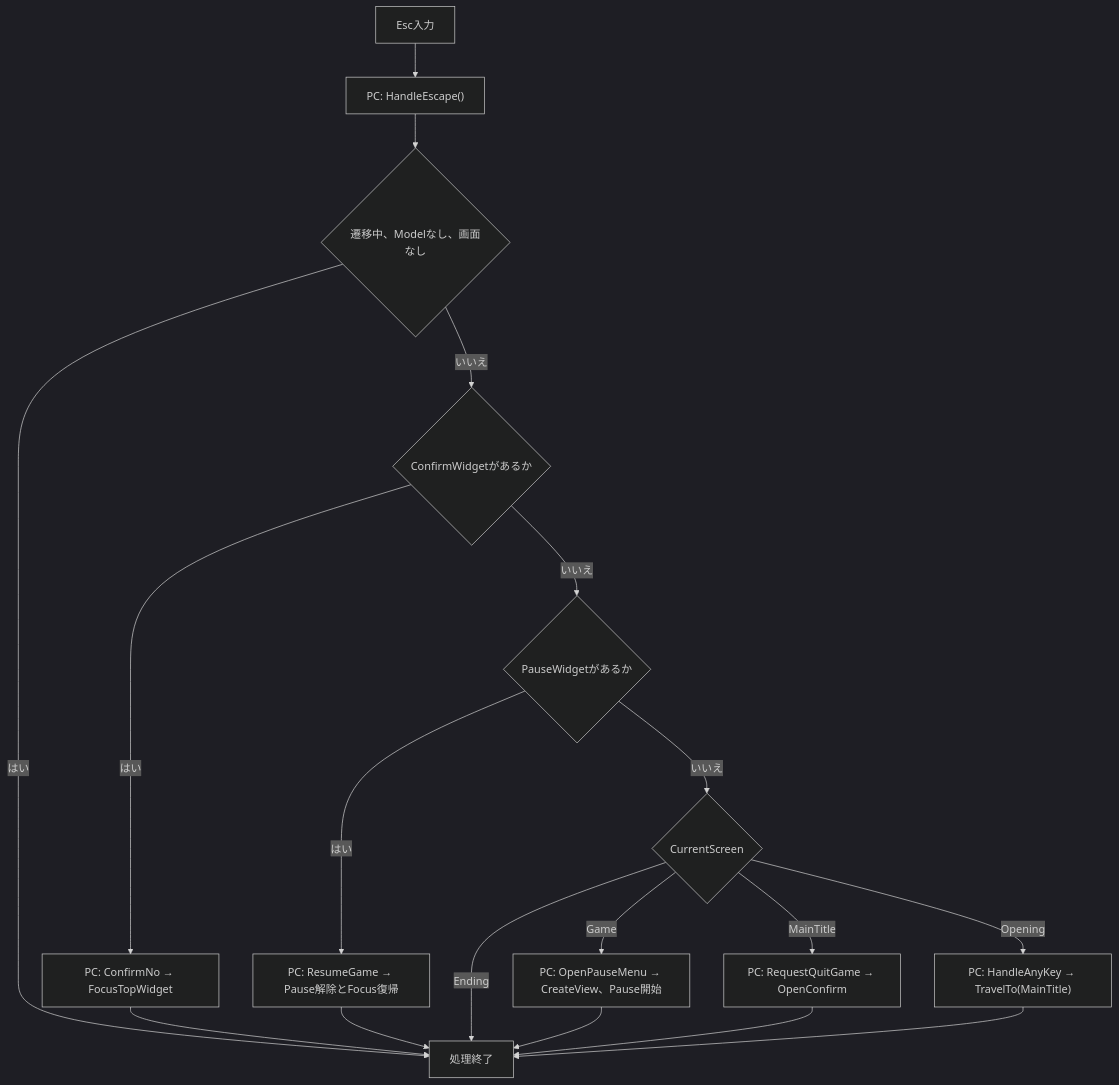
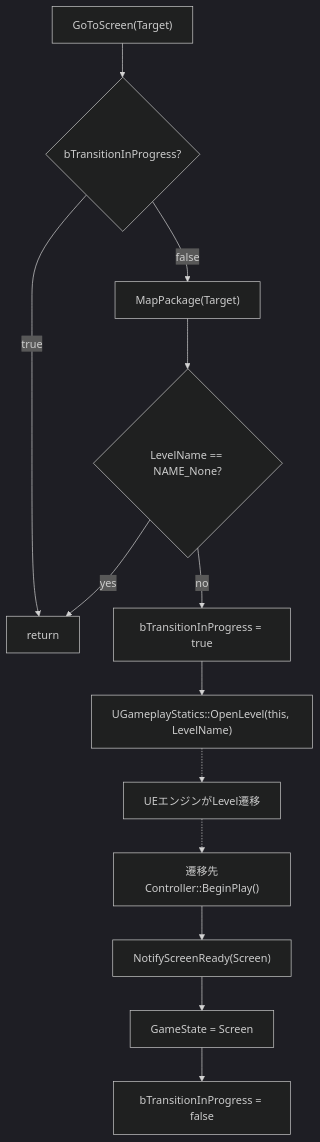
One commit to mrtksHub/codex_ue_sample_cpp changed the third of 5 diagrams in docs/CALL_FLOW.md. Above: the diagram before and after it, drawn with Mermaid (dark theme). The commit also changed other lines of this file, not shown here.

Commit message:
Rewrite CALL_FLOW for exact per-screen controllers and Blueprint event wiring

````diff
--- a/docs/CALL_FLOW.md
+++ b/docs/CALL_FLOW.md
@@ -129,20 +107,15 @@
 ```mermaid
 flowchart TD
-    A["Esc入力"] --> B["PC: HandleEscape()"]
-    B --> C{"遷移中、Modelなし、画面なし"}
-    C -->|はい| Z["処理終了"]
-    C -->|いいえ| D{"ConfirmWidgetがあるか"}
-    D -->|はい| E["PC: ConfirmNo → FocusTopWidget"]
-    E --> Z
-    D -->|いいえ| F{"PauseWidgetがあるか"}
-    F -->|はい| G["PC: ResumeGame → Pause解除とFocus復帰"]
-    G --> Z
-    F -->|いいえ| H{"CurrentScreen"}
-    H -->|Game| I["PC: OpenPauseMenu → CreateView、Pause開始"]
-    H -->|MainTitle| J["PC: RequestQuitGame → OpenConfirm"]
-    H -->|Opening| K["PC: HandleAnyKey → TravelTo(MainTitle)"]
-    H -->|Ending| Z
-    I --> Z
-    J --> Z
-    K --> Z
+    A["GoToScreen(Target)"] --> B{"bTransitionInProgress?"}
+    B -->|"true"| Z["return"]
+    B -->|"false"| C["MapPackage(Target)"]
+    C --> D{"LevelName == NAME_None?"}
+    D -->|"yes"| Z
+    D -->|"no"| E["bTransitionInProgress = true"]
+    E --> F["UGameplayStatics::OpenLevel(this, LevelName)"]
+    F -.-> G["UEエンジンがLevel遷移"]
+    G -.-> H["遷移先Controller::BeginPlay()"]
+    H --> I["NotifyScreenReady(Screen)"]
+    I --> J["GameState = Screen"]
+    J --> K["bTransitionInProgress = false"]
 ```
````
